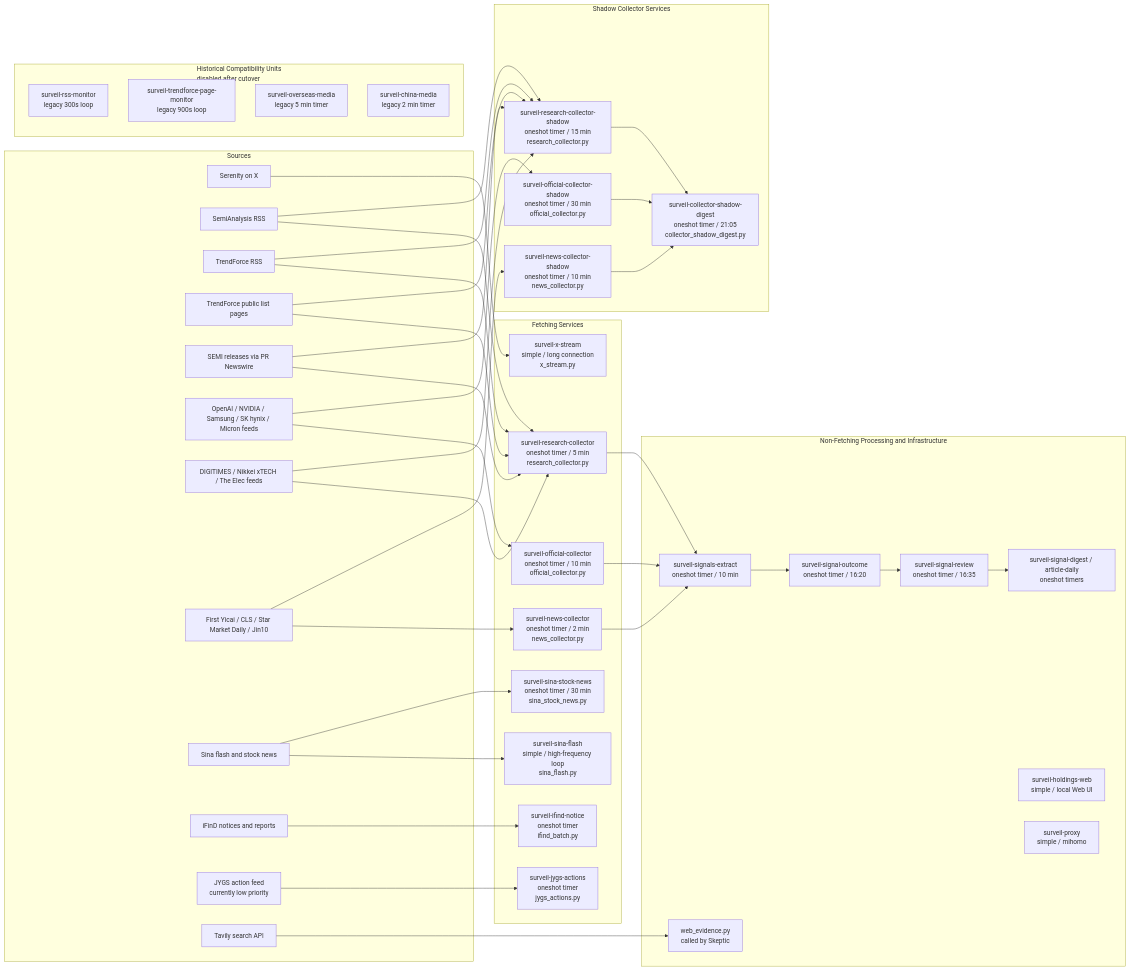
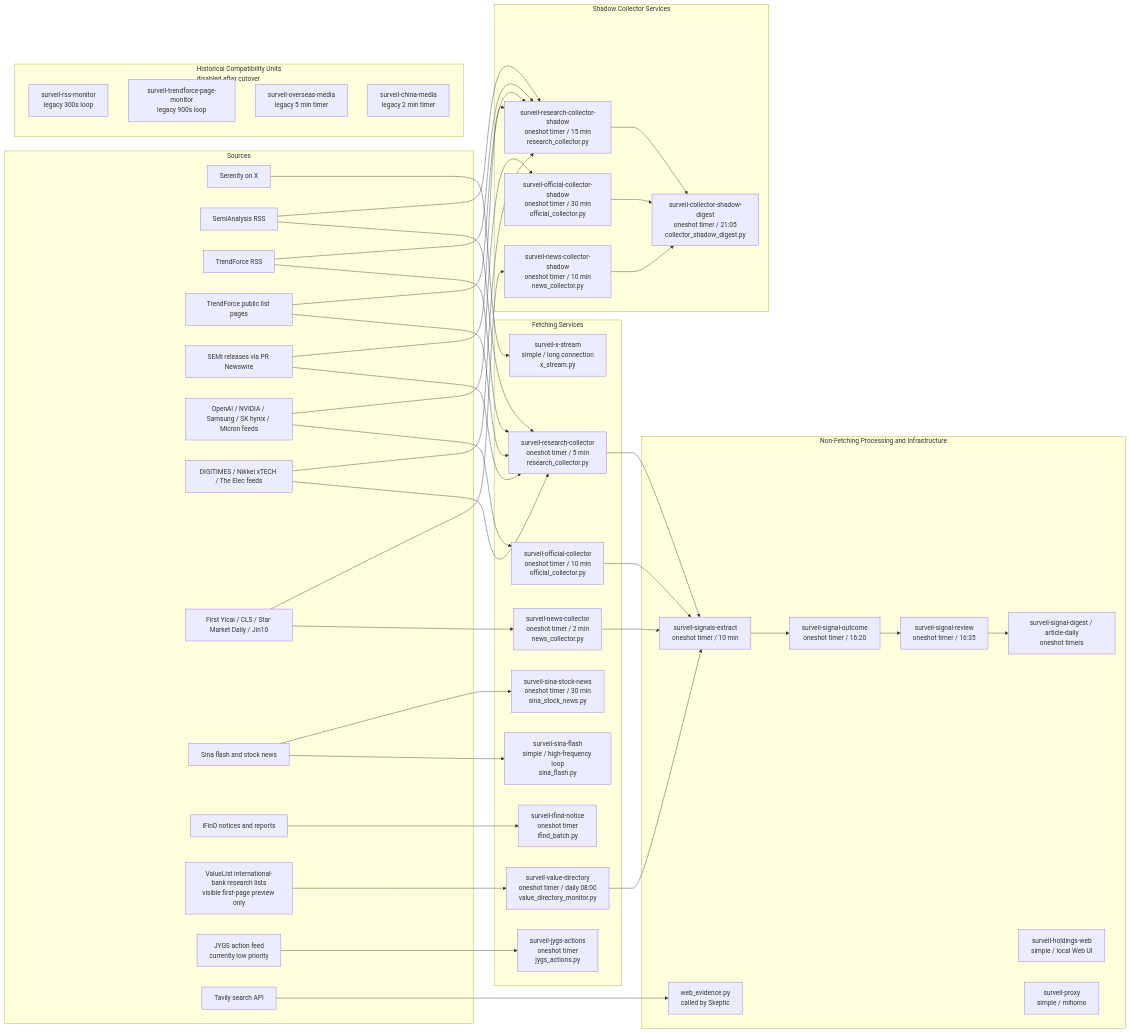
Before and after one commit to Stayfoool/MarketPulseWire: the second of 5 diagrams in docs/architecture-flow.md, drawn with Mermaid. The commit also changed other lines of this file and 18 other files, not shown here.

Commit message:
Unify value directory with market flow

```diff
--- a/docs/architecture-flow.md
+++ b/docs/architecture-flow.md
@@ -139,6 +143,7 @@
         Domestic["First Yicai / CLS / Star Market Daily / Jin10"]
         Sina["Sina flash and stock news"]
         IfindSource["iFinD notices and reports"]
+        ValueSource["ValueList international-bank research lists<br/>visible first-page preview only"]
         JYGSSource["JYGS action feed<br/>currently low priority"]
         EvidenceAPI["Tavily search API"]
     end
@@ -151,6 +156,7 @@
         SinaFlashSvc["surveil-sina-flash<br/>simple / high-frequency loop<br/>sina_flash.py"]
         SinaStockSvc["surveil-sina-stock-news<br/>oneshot timer / 30 min<br/>sina_stock_news.py"]
         IfindSvc["surveil-ifind-notice<br/>oneshot timer<br/>ifind_batch.py"]
+        ValueSvc["surveil-value-directory<br/>oneshot timer / daily 08:00<br/>value_directory_monitor.py"]
         JYGSSvc["surveil-jygs-actions<br/>oneshot timer<br/>jygs_actions.py"]
     end
 
@@ -196,11 +202,13 @@
     Sina --> SinaFlashSvc
     Sina --> SinaStockSvc
     IfindSource --> IfindSvc
+    ValueSource --> ValueSvc
     JYGSSource --> JYGSSvc
     EvidenceAPI --> EvidenceMod
     ResearchProd --> SignalExtractSvc
     OfficialProd --> SignalExtractSvc
     NewsProd --> SignalExtractSvc
+    ValueSvc --> SignalExtractSvc
     ResearchShadow --> ShadowDigest
     OfficialShadow --> ShadowDigest
     NewsShadow --> ShadowDigest
```
